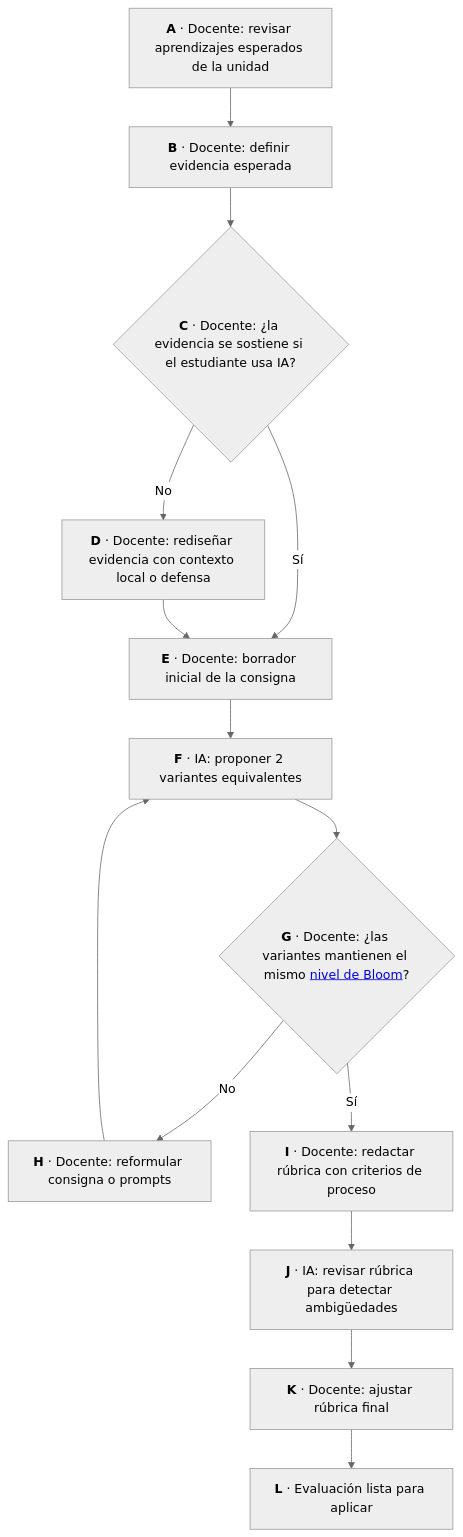
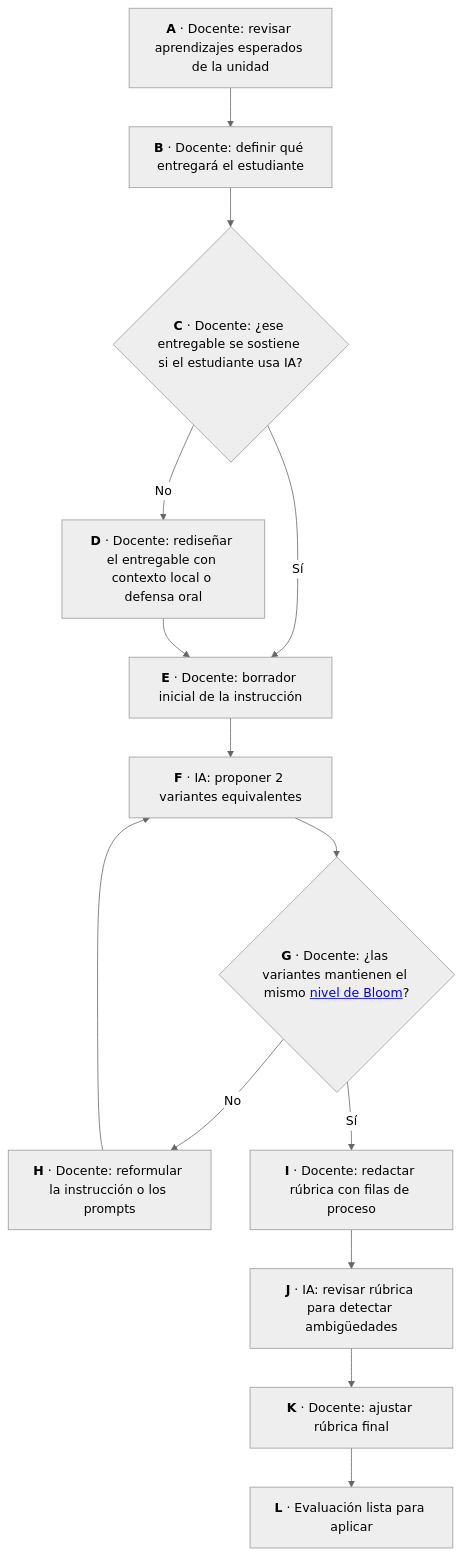
Before and after one commit to arqueon/aprendizaje-ia: the third of 3 diagrams in content/laboratorio/integracion-ia/flujos-trabajo-docente-ia/index.md, drawn with Mermaid (neutral theme). The commit also changed other lines of this file and 83 other files, not shown here.

First line of the commit message:
feat(editorial): contrato de instrucción en 68 páginas más (guías, prácticas, rutas, formación docente y ejemplos)

```diff
--- a/content/laboratorio/integracion-ia/flujos-trabajo-docente-ia/index.md
+++ b/content/laboratorio/integracion-ia/flujos-trabajo-docente-ia/index.md
@@ -91,16 +101,16 @@
 {{< mermaid >}}
 flowchart TD
-    A["<b>A</b> · Docente: revisar aprendizajes esperados de la unidad"] --> B["<b>B</b> · Docente: definir evidencia esperada"]
-    B --> C{"<b>C</b> · Docente: ¿la evidencia se sostiene si el estudiante usa IA?"}
-    C -- No --> D["<b>D</b> · Docente: rediseñar evidencia con contexto local o defensa"]
-    C -- Sí --> E["<b>E</b> · Docente: borrador inicial de la consigna"]
+    A["<b>A</b> · Docente: revisar aprendizajes esperados de la unidad"] --> B["<b>B</b> · Docente: definir qué entregará el estudiante"]
+    B --> C{"<b>C</b> · Docente: ¿ese entregable se sostiene si el estudiante usa IA?"}
+    C -- No --> D["<b>D</b> · Docente: rediseñar el entregable con contexto local o defensa oral"]
+    C -- Sí --> E["<b>E</b> · Docente: borrador inicial de la instrucción"]
     D --> E
     E --> F["<b>F</b> · IA: proponer 2 variantes equivalentes"]
     F --> G{"<b>G</b> · Docente: ¿las variantes mantienen el mismo <a href='/recursos/glosario/taxonomia-de-bloom/'>nivel de Bloom</a>?"}
-    G -- No --> H["<b>H</b> · Docente: reformular consigna o prompts"]
+    G -- No --> H["<b>H</b> · Docente: reformular la instrucción o los prompts"]
     H --> F
-    G -- Sí --> I["<b>I</b> · Docente: redactar rúbrica con criterios de proceso"]
+    G -- Sí --> I["<b>I</b> · Docente: redactar rúbrica con filas de proceso"]
     I --> J["<b>J</b> · IA: revisar rúbrica para detectar ambigüedades"]
     J --> K["<b>K</b> · Docente: ajustar rúbrica final"]
     K --> L["<b>L</b> · Evaluación lista para aplicar"]
 {{< /mermaid >}}
```
